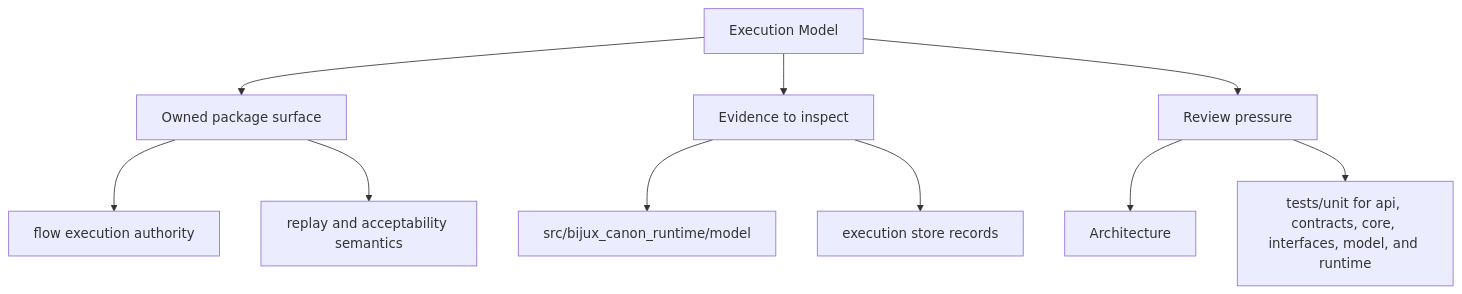
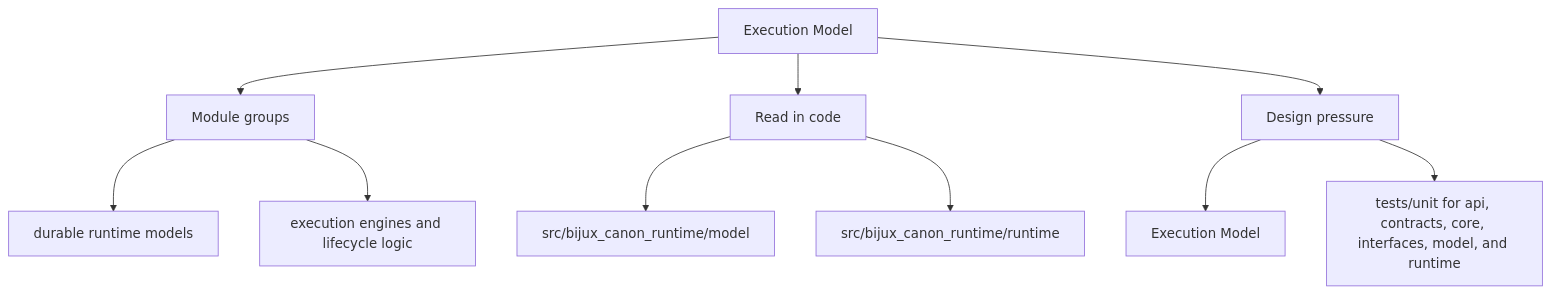
The second of 2 diagrams in docs/bijux-canon-runtime/architecture/execution-model.md (bijux/bijux-canon), drawn with Mermaid before and after one commit. The commit also changed other lines of this file and 250 other files, not shown here.

Commit message:
docs(diagrams): make product page maps more readable

````diff
--- a/docs/bijux-canon-runtime/architecture/execution-model.md
+++ b/docs/bijux-canon-runtime/architecture/execution-model.md
@@ -36,22 +36,22 @@
 ```mermaid
 flowchart TD
     page["Execution Model"]
-    focus1["Owned package surface"]
+    focus1["Module groups"]
     page --> focus1
-    focus1_1["flow execution authority"]
+    focus1_1["durable runtime models"]
     focus1 --> focus1_1
-    focus1_2["replay and acceptability semantics"]
+    focus1_2["execution engines and lifecycle logic"]
     focus1 --> focus1_2
-    focus2["Evidence to inspect"]
+    focus2["Read in code"]
     page --> focus2
     focus2_1["src/bijux_canon_runtime/model"]
     focus2 --> focus2_1
-    focus2_2["execution store records"]
+    focus2_2["src/bijux_canon_runtime/runtime"]
     focus2 --> focus2_2
-    focus3["Review pressure"]
+    focus3["Design pressure"]
     page --> focus3
-    focus3_1["Architecture"]
+    focus3_1["Execution Model"]
     focus3 --> focus3_1
     focus3_2["tests/unit for api, contracts, core, interfaces, model, and runtime"]
     focus3 --> focus3_2
 ```
````
